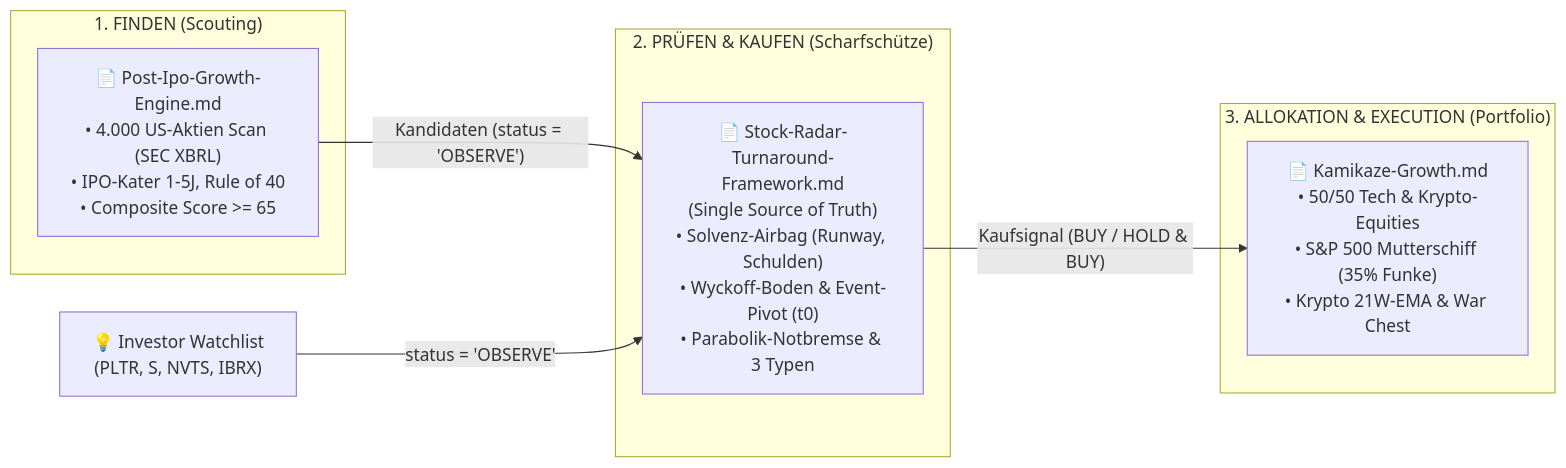
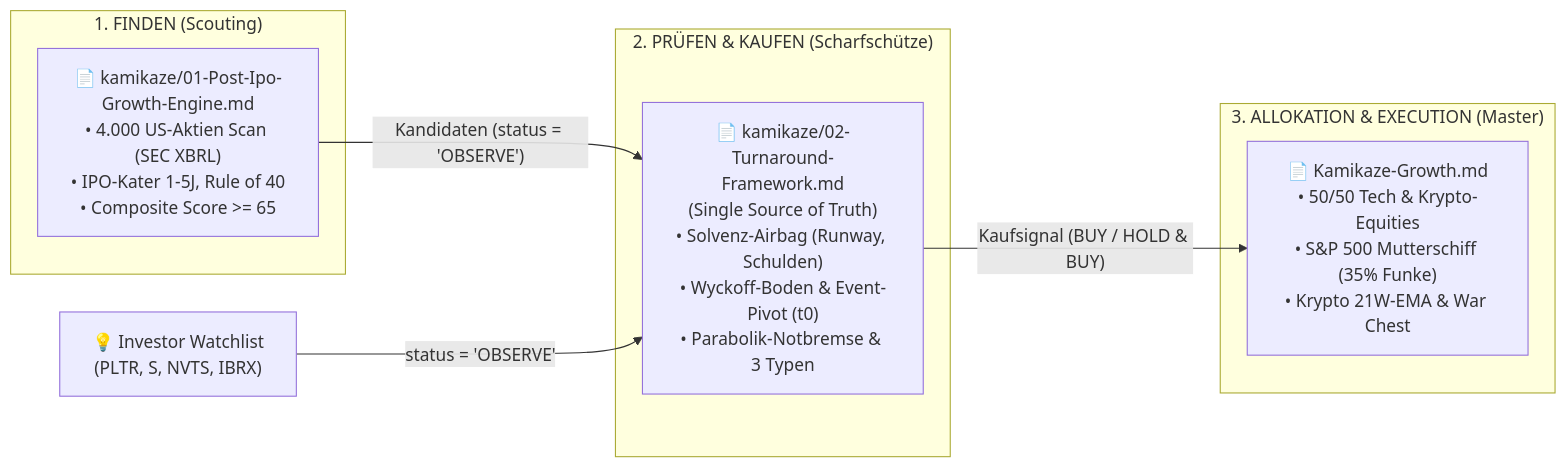
One commit to jahnhane1980/CrashRadar changed the second of 2 diagrams in docs/README.md. Above: the diagram before and after it, drawn with Mermaid. The commit also changed other lines of this file and 7 other files, not shown here.

Commit message:
docs(strategies): restructure kamikaze architecture into dedicated subfolder with master entry point

````diff
--- a/docs/README.md
+++ b/docs/README.md
@@ -67,18 +67,18 @@
 ```mermaid
 flowchart LR
     subgraph S1 ["1. FINDEN (Scouting)"]
-        PIGE["📄 Post-Ipo-Growth-Engine.md<br>• 4.000 US-Aktien Scan (SEC XBRL)<br>• IPO-Kater 1-5J, Rule of 40<br>• Composite Score >= 65"]
+        PIGE["📄 kamikaze/01-Post-Ipo-Growth-Engine.md<br>• 4.000 US-Aktien Scan (SEC XBRL)<br>• IPO-Kater 1-5J, Rule of 40<br>• Composite Score >= 65"]
     end
     
     subgraph S2 ["2. PRÜFEN & KAUFEN (Scharfschütze)"]
-        TF["📄 Stock-Radar-Turnaround-Framework.md<br>(Single Source of Truth)<br>• Solvenz-Airbag (Runway, Schulden)<br>• Wyckoff-Boden & Event-Pivot (t0)<br>• Parabolik-Notbremse & 3 Typen"]
+        TF["📄 kamikaze/02-Turnaround-Framework.md<br>(Single Source of Truth)<br>• Solvenz-Airbag (Runway, Schulden)<br>• Wyckoff-Boden & Event-Pivot (t0)<br>• Parabolik-Notbremse & 3 Typen"]
     end
     
-    subgraph S3 ["3. ALLOKATION & EXECUTION (Portfolio)"]
+    subgraph S3 ["3. ALLOKATION & EXECUTION (Master)"]
         KMG["📄 Kamikaze-Growth.md<br>• 50/50 Tech & Krypto-Equities<br>• S&P 500 Mutterschiff (35% Funke)<br>• Krypto 21W-EMA & War Chest"]
     end
 
     PIGE -- "Kandidaten (status = 'OBSERVE')" --> TF
     UserCurated["💡 Investor Watchlist<br>(PLTR, S, NVTS, IBRX)"] -- "status = 'OBSERVE'" --> TF
     TF -- "Kaufsignal (BUY / HOLD & BUY)" --> KMG
 ```
````
